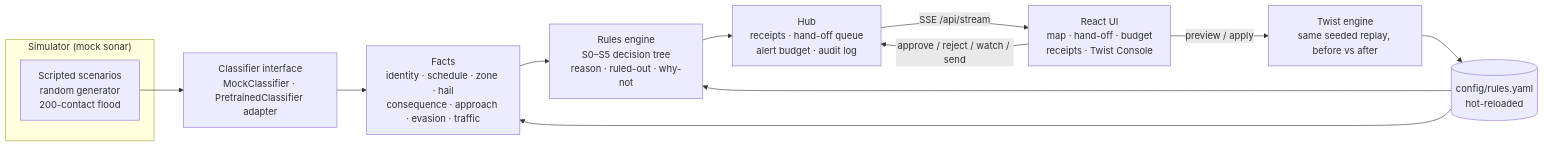
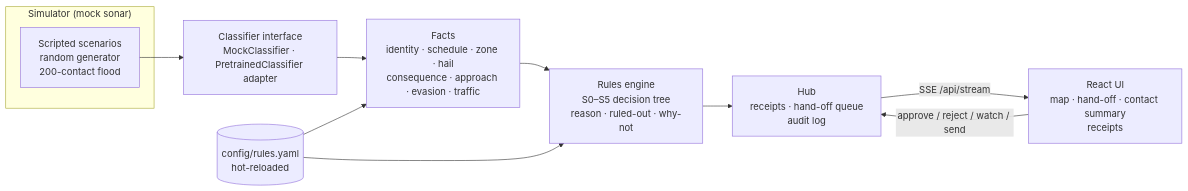
Before and after one commit to kaushik-lankoji/quietwater: the first of 2 diagrams in README.md, drawn with Mermaid. The commit also changed other lines of this file and 10 other files, not shown here.

````diff
--- a/README.md
+++ b/README.md
@@ -44,16 +43,14 @@
 ```mermaid
 flowchart LR
   subgraph SIM["Simulator (mock sonar)"]
     SC["Scripted scenarios<br/>random generator<br/>200-contact flood"]
   end
   SC --> CL["Classifier interface<br/>MockClassifier · PretrainedClassifier adapter"]
   CL --> FA["Facts<br/>identity · schedule · zone · hail<br/>consequence · approach · evasion · traffic"]
   RY[("config/rules.yaml<br/>hot-reloaded")] --> FA
   RY --> EN
   FA --> EN["Rules engine<br/>S0–S5 decision tree<br/>reason · ruled-out · why-not"]
-  EN --> HUB["Hub<br/>receipts · hand-off queue<br/>alert budget · audit log"]
-  HUB -- "SSE /api/stream" --> UI["React UI<br/>map · hand-off · budget<br/>receipts · Twist Console"]
+  EN --> HUB["Hub<br/>receipts · hand-off queue<br/>audit log"]
+  HUB -- "SSE /api/stream" --> UI["React UI<br/>map · hand-off · contact summary<br/>receipts"]
   UI -- "approve / reject / watch / send" --> HUB
-  UI -- "preview / apply" --> TW["Twist engine<br/>same seeded replay, before vs after"]
-  TW --> RY
 ```
````
